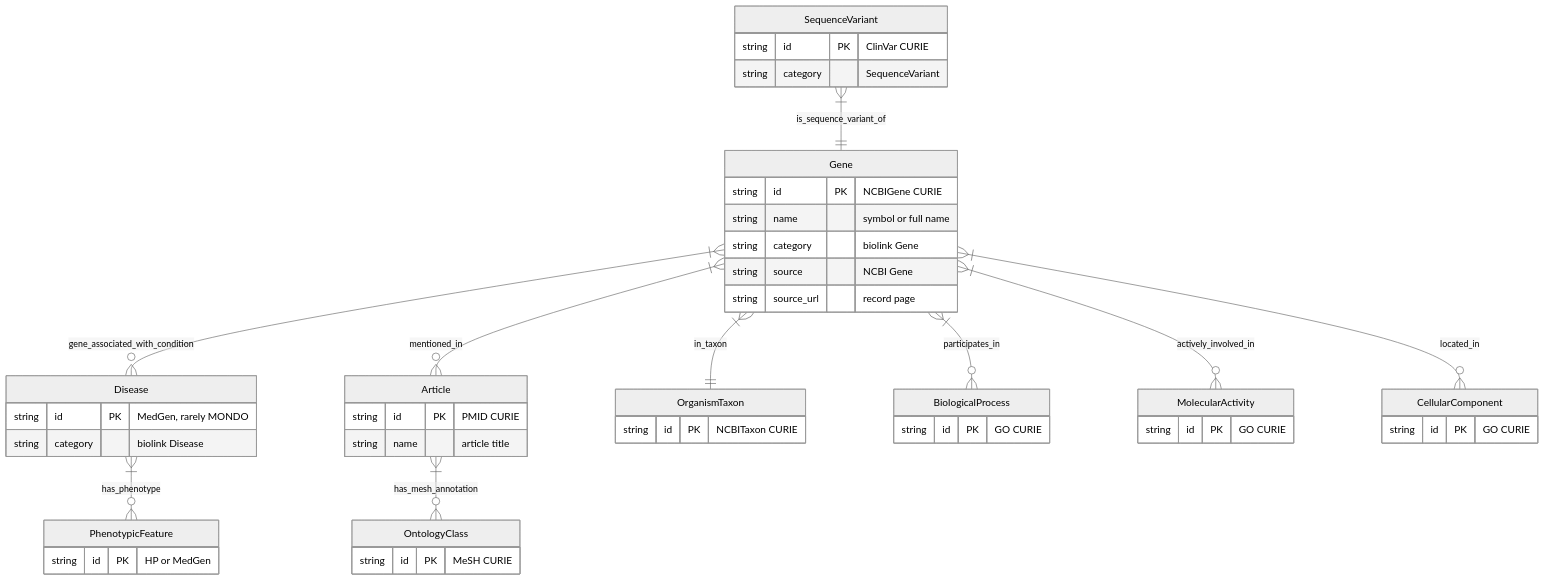
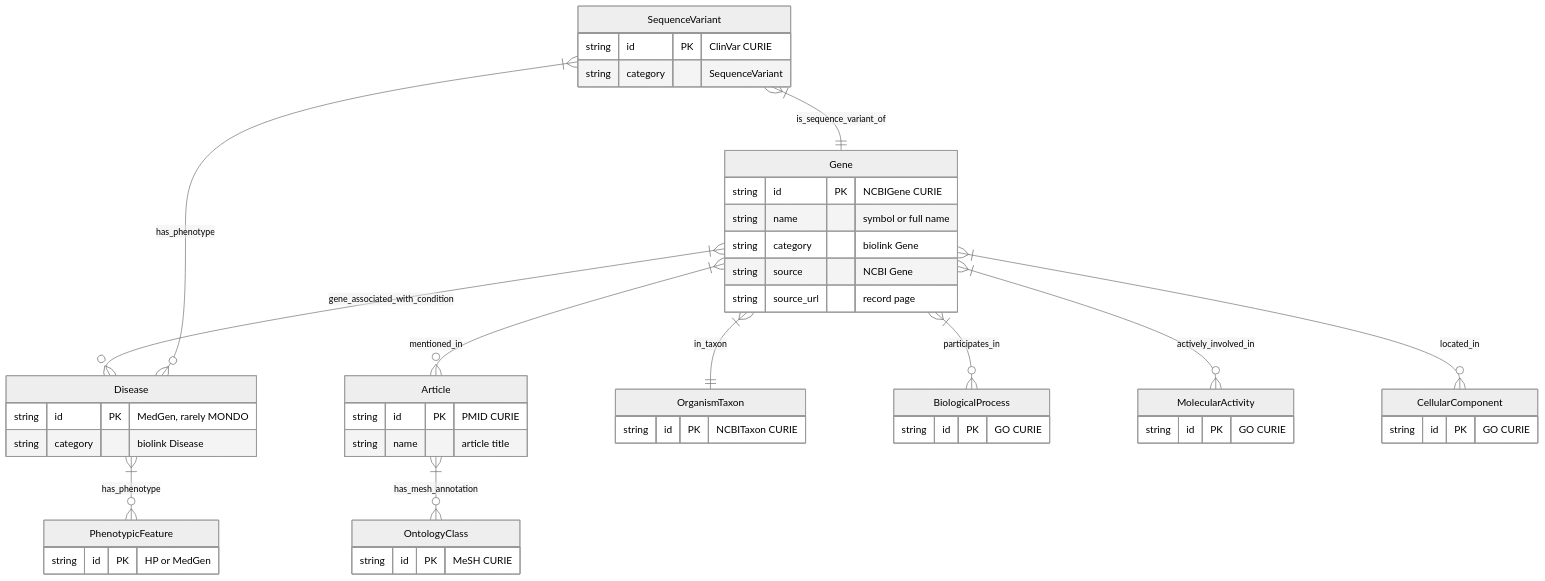
The first of 3 diagrams in visualizations/Schema_visualization.md (monideep2255/agentic-search-ui), drawn with Mermaid (neutral theme) before and after one commit. The commit also changed other lines of this file and 17 other files, not shown here.

First line of the commit message:
feat(write): variant-to-disease and gene-to-disease tables, MODY genes resolve, GCK answers every time

````diff
--- a/visualizations/Schema_visualization.md
+++ b/visualizations/Schema_visualization.md
@@ -20,50 +20,51 @@
 ```mermaid
 erDiagram
     Gene {
         string id PK "NCBIGene CURIE"
         string name "symbol or full name"
         string category "biolink Gene"
         string source "NCBI Gene"
         string source_url "record page"
     }
     SequenceVariant {
         string id PK "ClinVar CURIE"
         string category "SequenceVariant"
     }
     Disease {
         string id PK "MedGen, rarely MONDO"
         string category "biolink Disease"
     }
     PhenotypicFeature {
         string id PK "HP or MedGen"
     }
     Article {
         string id PK "PMID CURIE"
         string name "article title"
     }
     OntologyClass {
         string id PK "MeSH CURIE"
     }
     OrganismTaxon {
         string id PK "NCBITaxon CURIE"
     }
     BiologicalProcess {
         string id PK "GO CURIE"
     }
     MolecularActivity {
         string id PK "GO CURIE"
     }
     CellularComponent {
         string id PK "GO CURIE"
     }
 
     SequenceVariant }|--|| Gene : "is_sequence_variant_of"
     Gene }|--o{ Disease : "gene_associated_with_condition"
     Disease }|--o{ PhenotypicFeature : "has_phenotype"
+    SequenceVariant }|--o{ Disease : "has_phenotype"
     Gene }|--o{ Article : "mentioned_in"
     Gene }|--|| OrganismTaxon : "in_taxon"
     Gene }|--o{ BiologicalProcess : "participates_in"
     Gene }|--o{ MolecularActivity : "actively_involved_in"
     Gene }|--o{ CellularComponent : "located_in"
     Article }|--o{ OntologyClass : "has_mesh_annotation"
 ```
````
